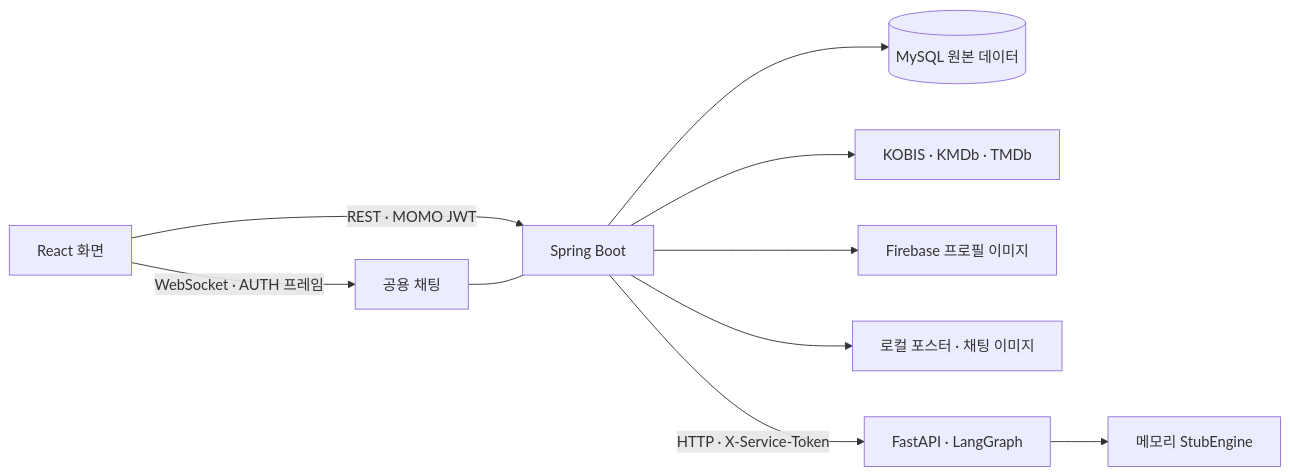
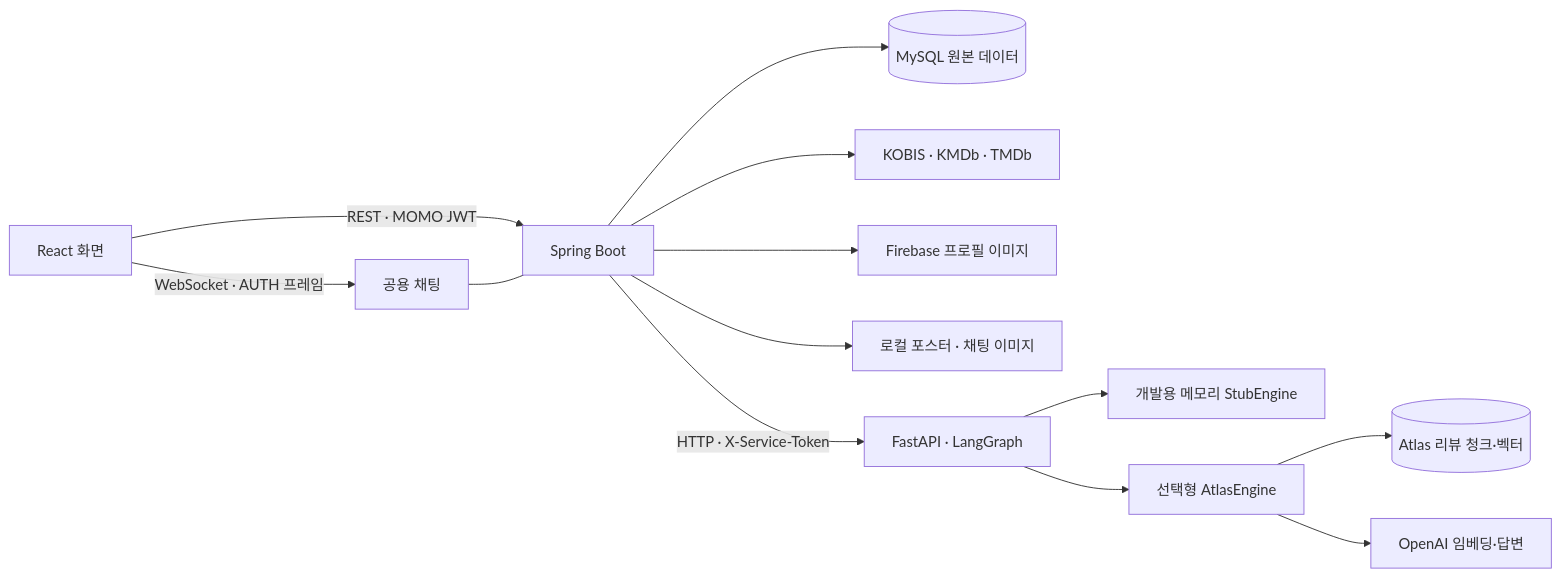
The diagram in docs/ARCHITECTURE.md (madison-yoon/MOMO), drawn with Mermaid before and after one commit. The commit also changed other lines of this file and 59 other files, not shown here.

````diff
--- a/docs/ARCHITECTURE.md
+++ b/docs/ARCHITECTURE.md
@@ -7,12 +7,15 @@
 ```mermaid
 flowchart LR
     Browser[React 화면] -->|REST · MOMO JWT| Spring[Spring Boot]
     Browser -->|WebSocket · AUTH 프레임| Chat[공용 채팅]
     Chat --- Spring
     Spring --> MySQL[(MySQL 원본 데이터)]
     Spring --> Movies[KOBIS · KMDb · TMDb]
     Spring --> Firebase[Firebase 프로필 이미지]
     Spring --> Files[로컬 포스터 · 채팅 이미지]
     Spring -->|HTTP · X-Service-Token| FastAPI[FastAPI · LangGraph]
-    FastAPI --> Stub[메모리 StubEngine]
+    FastAPI --> Stub[개발용 메모리 StubEngine]
+    FastAPI --> Atlas[선택형 AtlasEngine]
+    Atlas --> Mongo[(Atlas 리뷰 청크·벡터)]
+    Atlas --> OpenAI[OpenAI 임베딩·답변]
 ```
````
